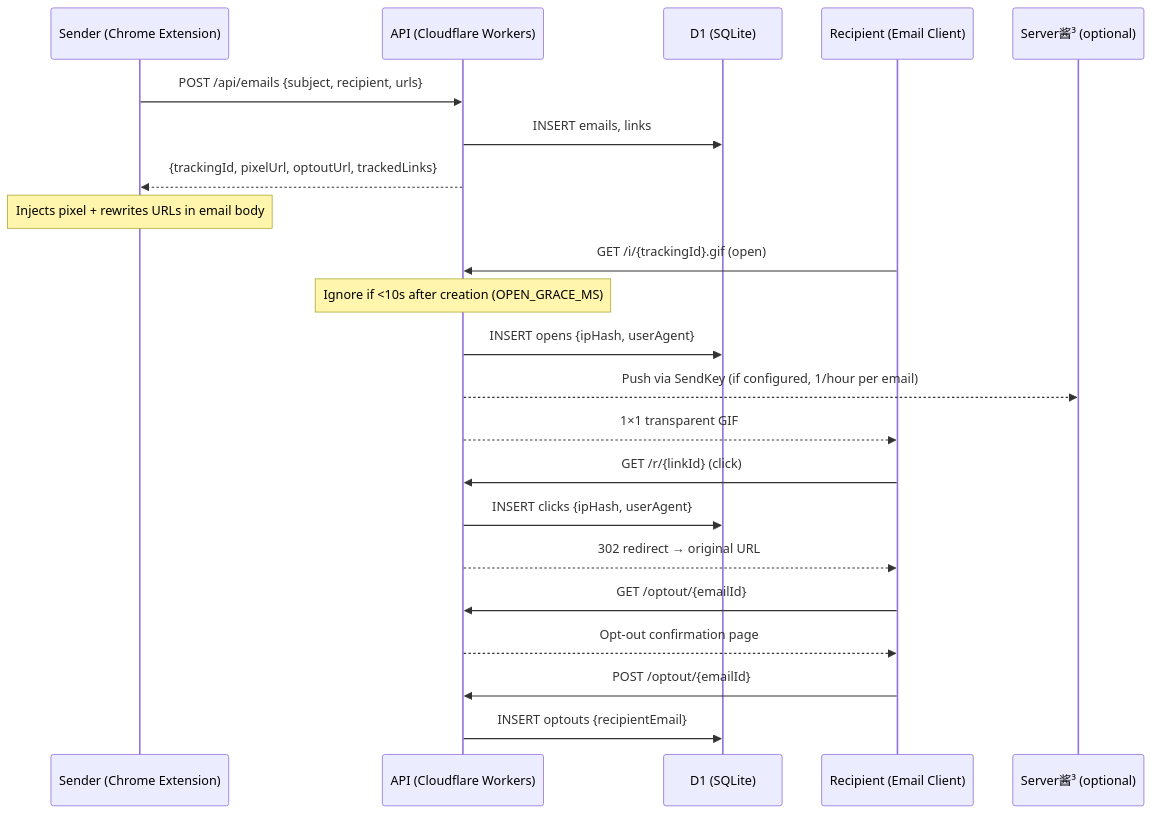
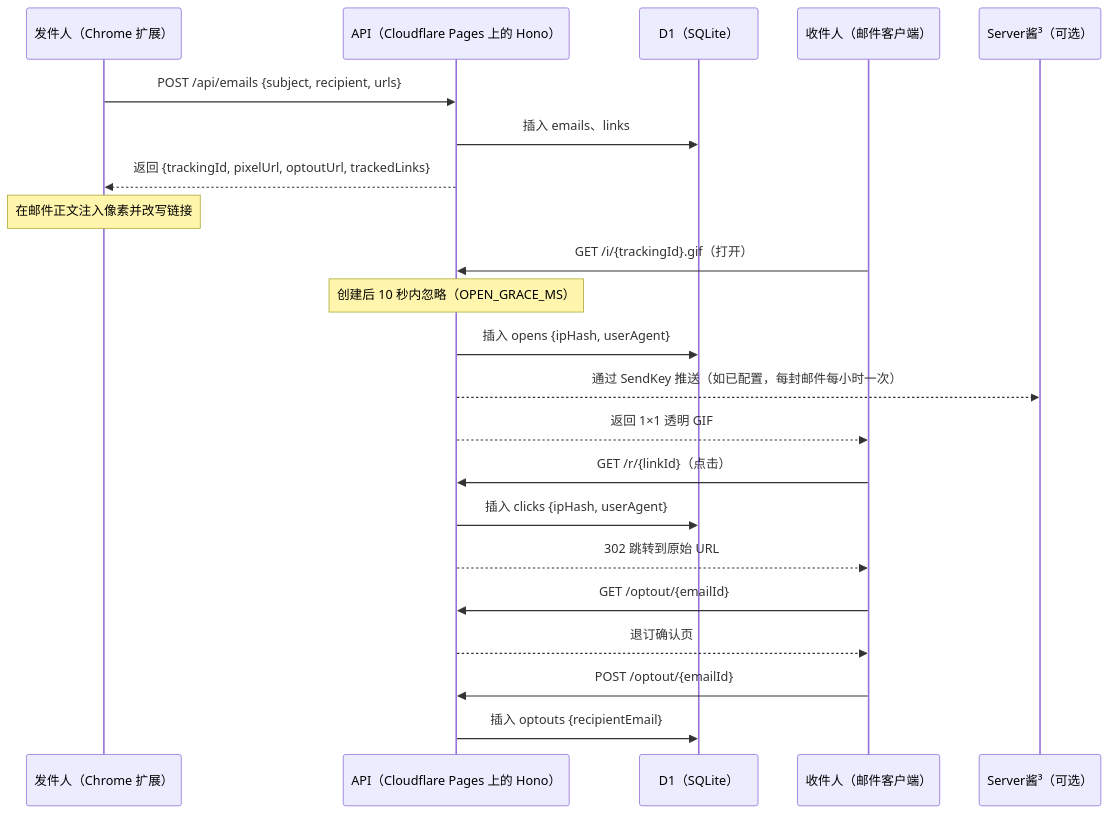
The second of 2 diagrams in README.md (MoonofBridge24/pixletter), drawn with Mermaid before and after one commit. The commit also changed other lines of this file and 9 other files, not shown here.

````diff
--- a/README.md
+++ b/README.md
@@ -317,28 +310,28 @@
 ```mermaid
 sequenceDiagram
-    participant S as Sender (Chrome Extension)
-    participant A as API (Cloudflare Workers)
-    participant D as D1 (SQLite)
-    participant R as Recipient (Email Client)
-    participant SL as Server酱³ (optional)
+    participant S as 发件人（Chrome 扩展）
+    participant A as API（Cloudflare Pages 上的 Hono）
+    participant D as D1（SQLite）
+    participant R as 收件人（邮件客户端）
+    participant SL as Server酱³（可选）
 
     S->>A: POST /api/emails {subject, recipient, urls}
-    A->>D: INSERT emails, links
-    A-->>S: {trackingId, pixelUrl, optoutUrl, trackedLinks}
-    Note over S: Injects pixel + rewrites URLs in email body
+    A->>D: 插入 emails、links
+    A-->>S: 返回 {trackingId, pixelUrl, optoutUrl, trackedLinks}
+    Note over S: 在邮件正文注入像素并改写链接
 
-    R->>A: GET /i/{trackingId}.gif (open)
-    Note over A: Ignore if <10s after creation (OPEN_GRACE_MS)
-    A->>D: INSERT opens {ipHash, userAgent}
-    A-->>SL: Push via SendKey (if configured, 1/hour per email)
-    A-->>R: 1×1 transparent GIF
+    R->>A: GET /i/{trackingId}.gif（打开）
+    Note over A: 创建后 10 秒内忽略（OPEN_GRACE_MS）
+    A->>D: 插入 opens {ipHash, userAgent}
+    A-->>SL: 通过 SendKey 推送（如已配置，每封邮件每小时一次）
+    A-->>R: 返回 1×1 透明 GIF
 
-    R->>A: GET /r/{linkId} (click)
-    A->>D: INSERT clicks {ipHash, userAgent}
-    A-->>R: 302 redirect → original URL
+    R->>A: GET /r/{linkId}（点击）
+    A->>D: 插入 clicks {ipHash, userAgent}
+    A-->>R: 302 跳转到原始 URL
 
     R->>A: GET /optout/{emailId}
-    A-->>R: Opt-out confirmation page
+    A-->>R: 退订确认页
     R->>A: POST /optout/{emailId}
-    A->>D: INSERT optouts {recipientEmail}
+    A->>D: 插入 optouts {recipientEmail}
 ```
````
